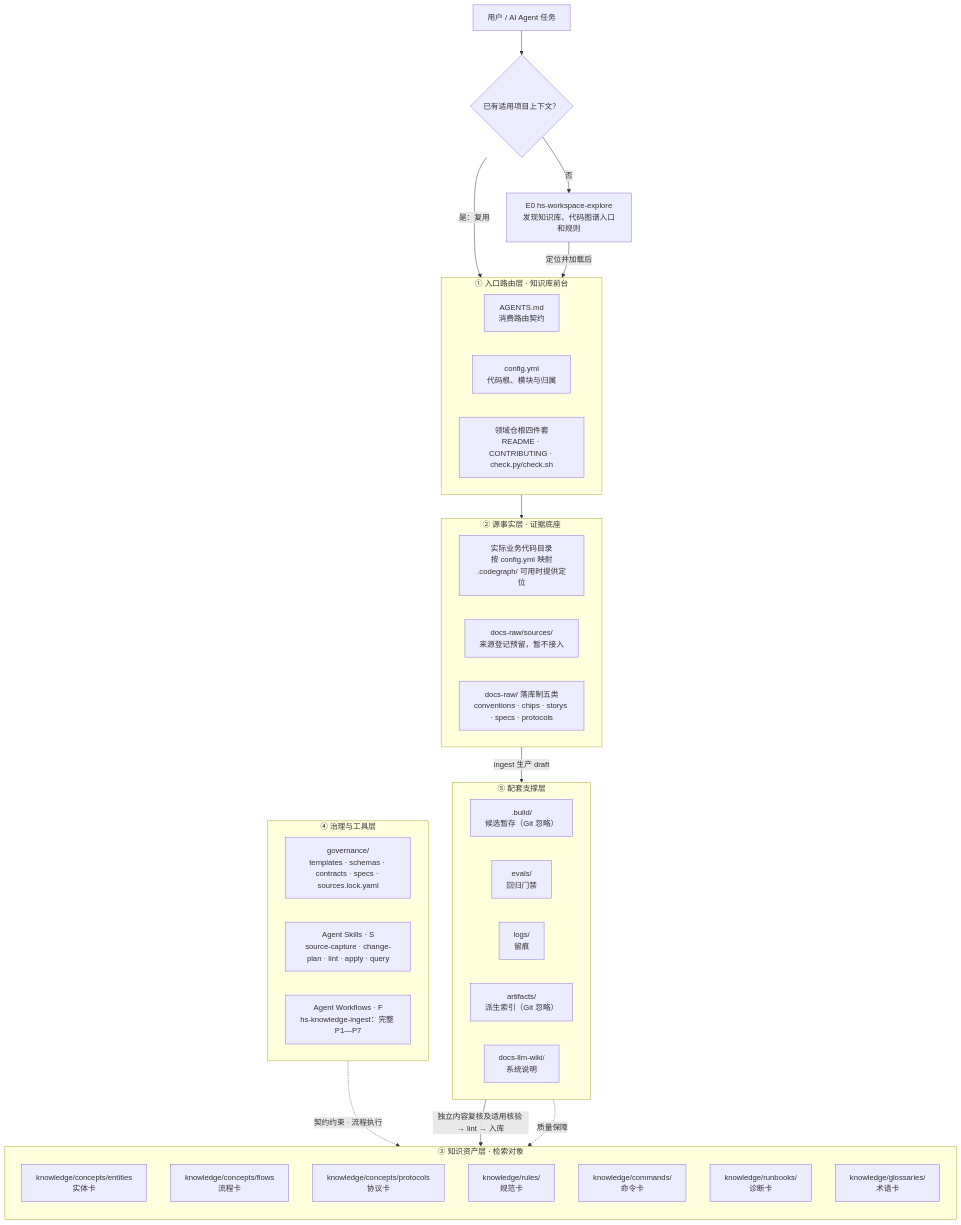
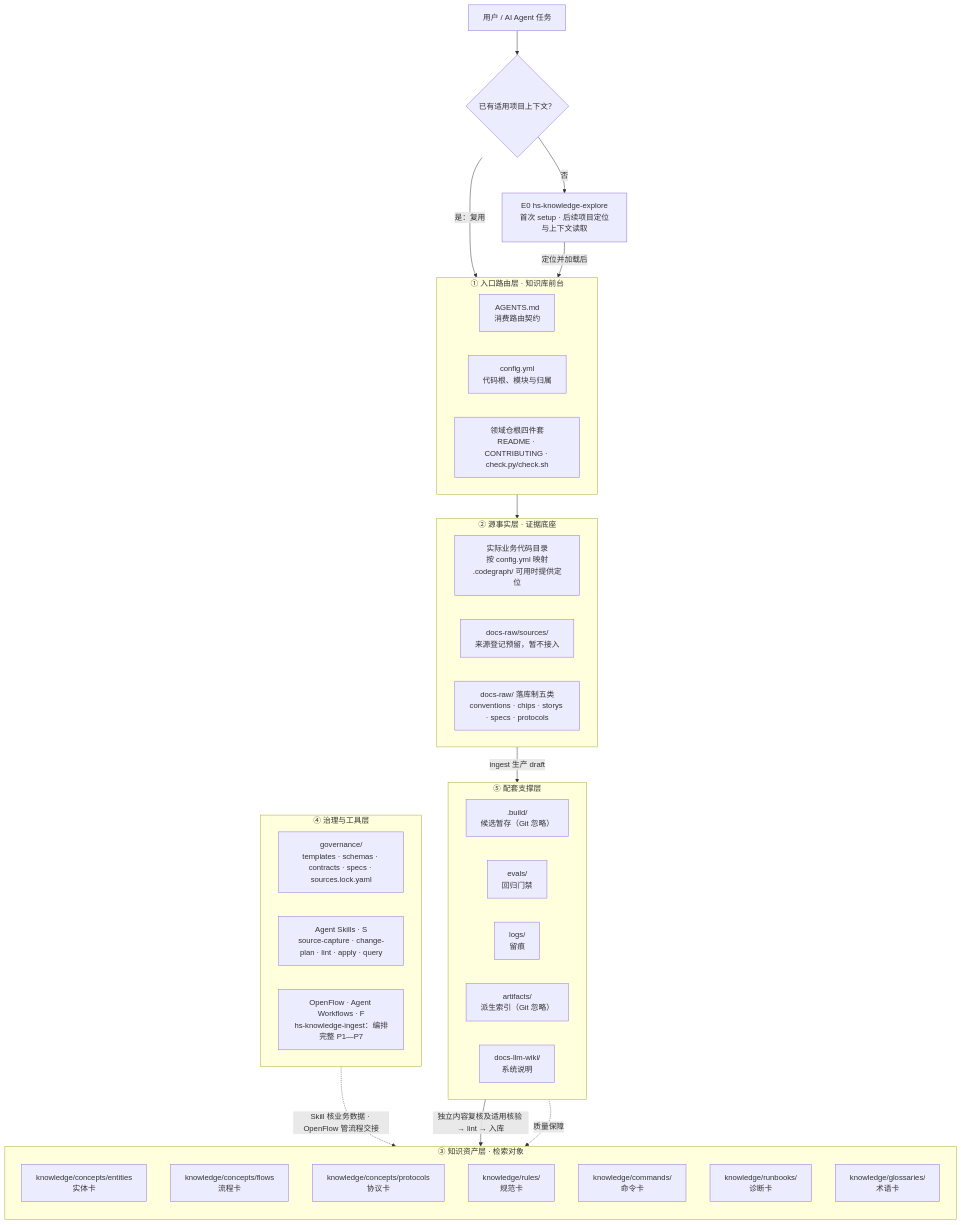
Before and after one commit to Robin-hhc/FactumCore: the first of 7 diagrams in himate-knowledge-wifi-mp/docs-llm-wiki/HiMate知识库架构设计.md, drawn with Mermaid. The commit also changed other lines of this file and 183 other files, not shown here.

Commit message:
refactor: simplify HiMate setup and skill execution

````diff
--- a/himate-knowledge-wifi-mp/docs-llm-wiki/HiMate知识库架构设计.md
+++ b/himate-knowledge-wifi-mp/docs-llm-wiki/HiMate知识库架构设计.md
@@ -127,57 +130,57 @@
 ```mermaid
 flowchart TB
     U["用户 / AI Agent 任务"]
     C0{"已有适用项目上下文？"}
-    E0["E0 hs-workspace-explore<br />发现知识库、代码图谱入口和规则"]
+    E0["E0 hs-knowledge-explore<br />首次 setup · 后续项目定位与上下文读取"]
 
     subgraph S1["① 入口路由层 · 知识库前台"]
         direction LR
         A2["AGENTS.md<br />消费路由契约"]
         A3["config.yml<br />代码根、模块与归属"]
         A4["领域仓根四件套<br />README · CONTRIBUTING · check.py/check.sh"]
     end
 
     subgraph S2["② 源事实层 · 证据底座"]
         direction LR
         B1["实际业务代码目录<br />按 config.yml 映射<br />.codegraph/ 可用时提供定位"]
         B2["docs-raw/sources/<br />来源登记预留，暂不接入"]
         B3["docs-raw/ 落库制五类<br />conventions · chips · storys · specs · protocols"]
     end
 
     subgraph S3["③ 知识资产层 · 检索对象"]
         direction TB
         C1["knowledge/concepts/entities<br />实体卡"]
         C2["knowledge/concepts/flows<br />流程卡"]
         C3["knowledge/concepts/protocols<br />协议卡"]
         C4["knowledge/rules/<br />规范卡"]
         C5["knowledge/commands/<br />命令卡"]
         C6["knowledge/runbooks/<br />诊断卡"]
         C7["knowledge/glossaries/<br />术语卡"]
     end
 
     subgraph S4["④ 治理与工具层"]
         direction LR
         D1["governance/<br />templates · schemas · contracts · specs · sources.lock.yaml"]
         D2["Agent Skills · S<br />source-capture · change-plan · lint · apply · query"]
-        D3["Agent Workflows · F<br />hs-knowledge-ingest：完整 P1—P7"]
+        D3["OpenFlow · Agent Workflows · F<br />hs-knowledge-ingest：编排完整 P1—P7"]
     end
 
     subgraph S5["⑤ 配套支撑层"]
         direction LR
         E1[".build/<br />候选暂存（Git 忽略）"]
         E2["evals/<br />回归门禁"]
         E3["logs/<br />留痕"]
         E4["artifacts/<br />派生索引（Git 忽略）"]
         E5["docs-llm-wiki/<br />系统说明"]
     end
 
     U --> C0
     C0 -->|"是：复用"| S1
     C0 -->|"否"| E0
     E0 -->|"定位并加载后"| S1
     S1 --> S2
     S2 -->|"ingest 生产 draft"| E1
     E1 -->|"独立内容复核及适用核验 → lint → 入库"| S3
-    S4 -.->|"契约约束 · 流程执行"| S3
+    S4 -.->|"Skill 核业务数据 · OpenFlow 管流程交接"| S3
     S5 -.->|"质量保障"| S3
 ```
````
